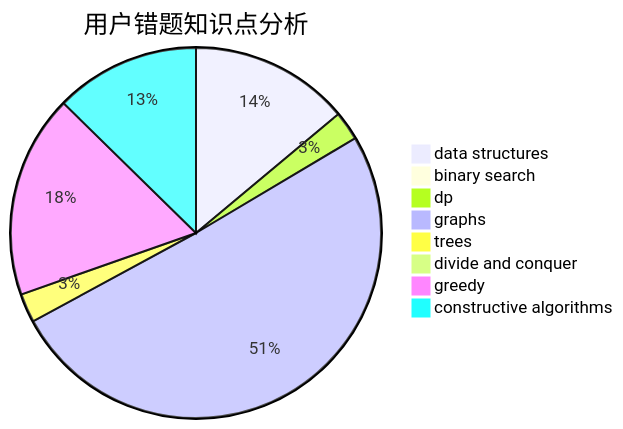
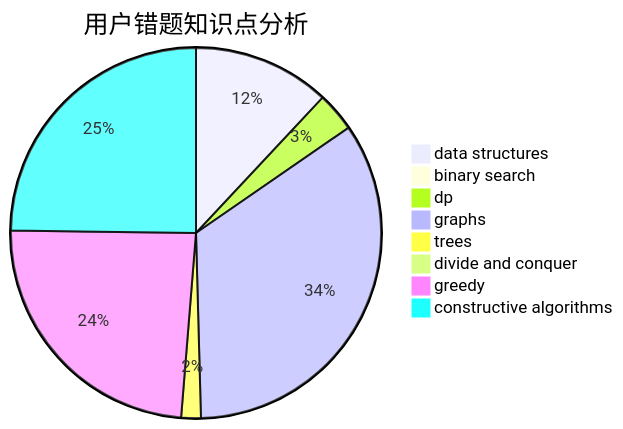
The third of 3 diagrams in docs/user/u1363.md (sherpahu/cfrs.github.io), drawn with Mermaid before and after one commit. The commit also changed other lines of this file and 2770 other files, not shown here.

````diff
--- a/docs/user/u1363.md
+++ b/docs/user/u1363.md
@@ -36,11 +36,11 @@
 ```mermaid
 pie title 用户错题知识点分析
-    "data structures" :  11
+    "data structures" :  14
     "binary search" :  0
-    "dp" :  2
+    "dp" :  4
     "graphs" :  40
     "trees" :  2
     "divide and conquer" :  0
-    "greedy" :  14
-    "constructive algorithms" :  10
+    "greedy" :  28
+    "constructive algorithms" :  29
 ```
````
